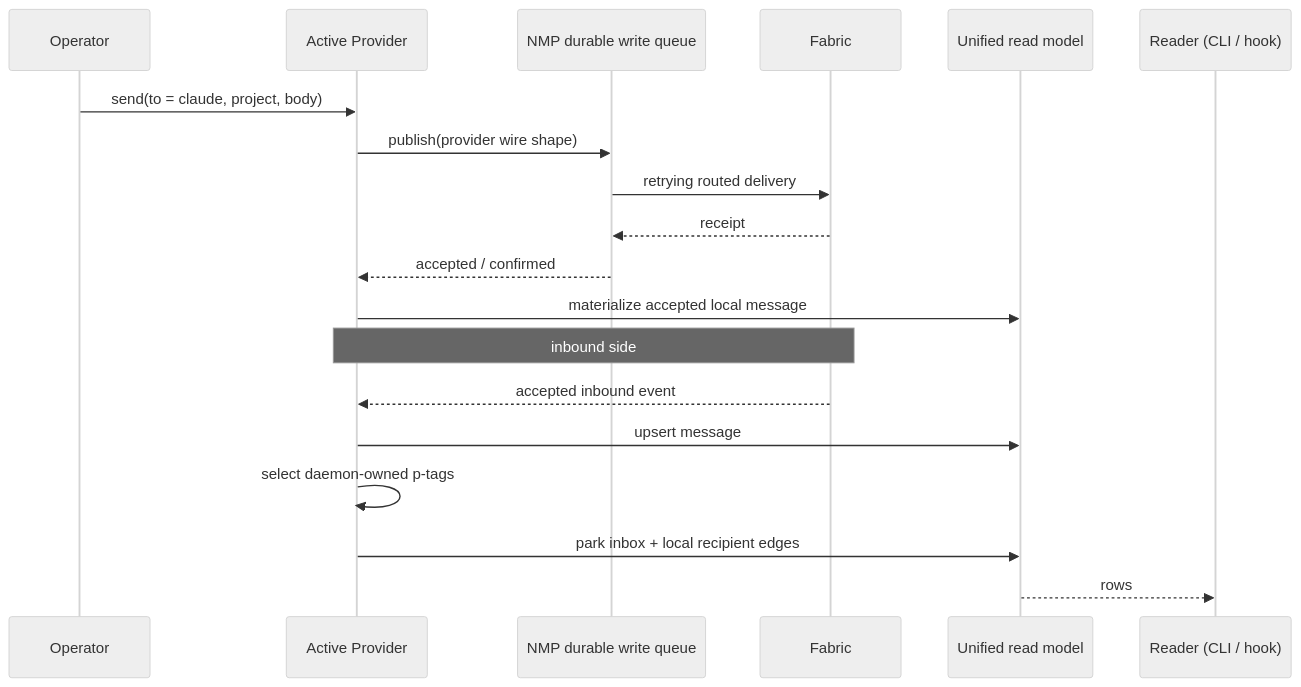
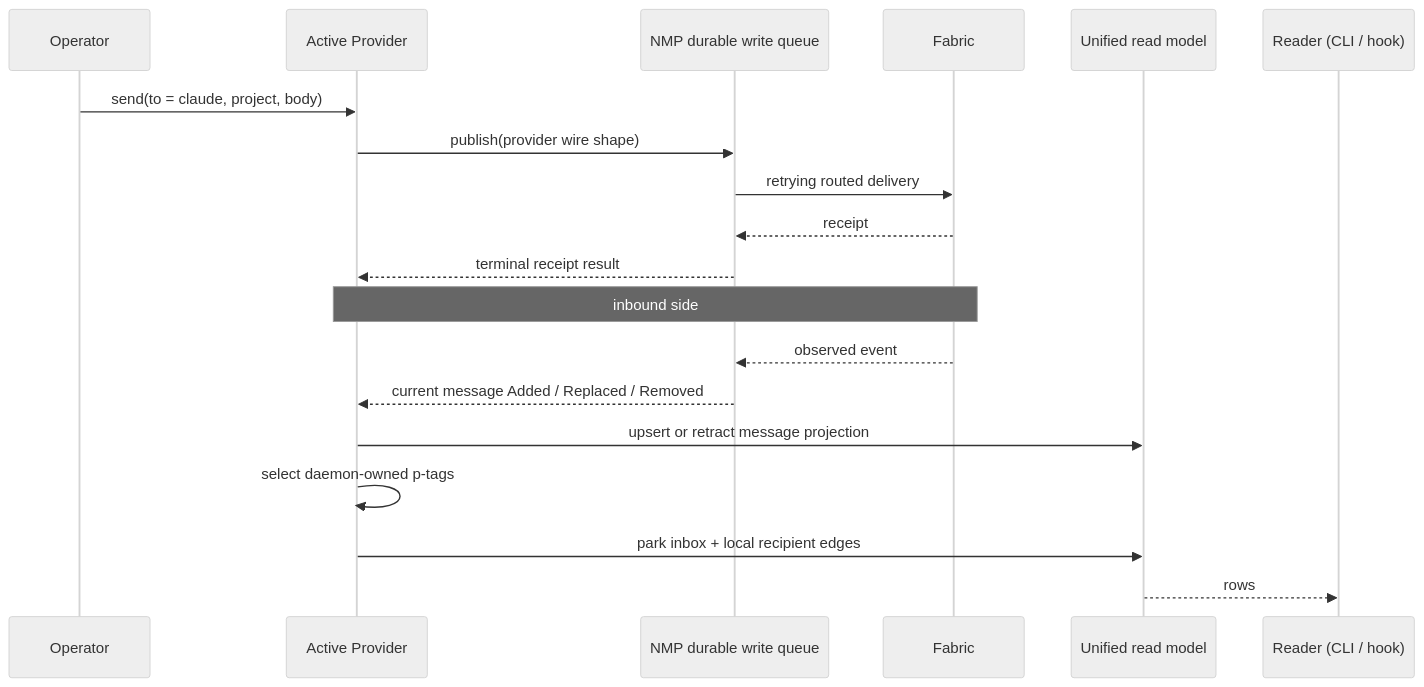
Before and after one commit to pablof7z/mosaico: the sixth of 6 diagrams in docs/fabric-architecture.md, drawn with Mermaid (neutral theme). The commit also changed other lines of this file and 26 other files, not shown here.

````diff
--- a/docs/fabric-architecture.md
+++ b/docs/fabric-architecture.md
@@ -354,24 +354,24 @@
 ```mermaid
 sequenceDiagram
     participant ME as Operator
     participant P as Active Provider
     participant NMP as NMP durable write queue
     participant FAB as Fabric
     participant STORE as Unified read model
     participant RD as Reader (CLI / hook)
 
     ME->>P: send(to = claude, project, body)
     P->>NMP: publish(provider wire shape)
     NMP->>FAB: retrying routed delivery
     FAB-->>NMP: receipt
-    NMP-->>P: accepted / confirmed
-    P->>STORE: materialize accepted local message
+    NMP-->>P: terminal receipt result
 
     Note over FAB,P: inbound side
-    FAB-->>P: accepted inbound event
-    P->>STORE: upsert message
+    FAB-->>NMP: observed event
+    NMP-->>P: current message Added / Replaced / Removed
+    P->>STORE: upsert or retract message projection
     P->>P: select daemon-owned p-tags
     P->>STORE: park inbox + local recipient edges
 
     STORE-->>RD: rows
 ```
````
